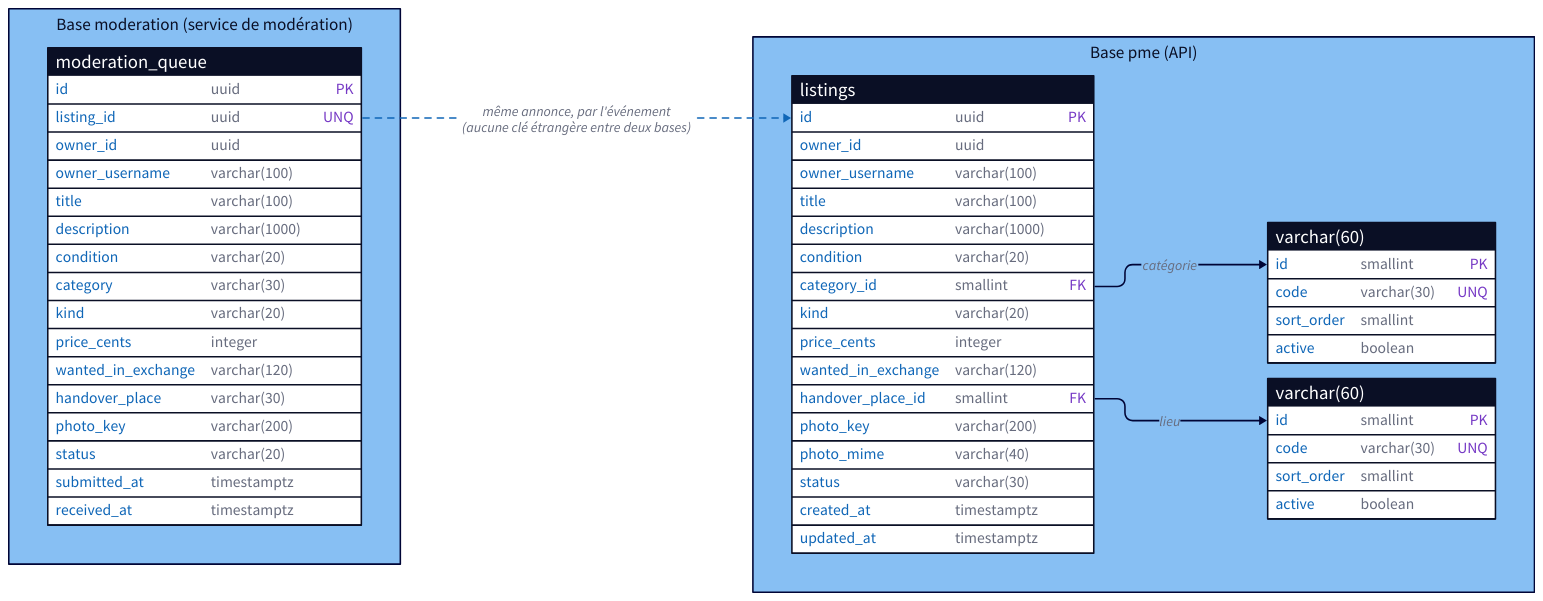
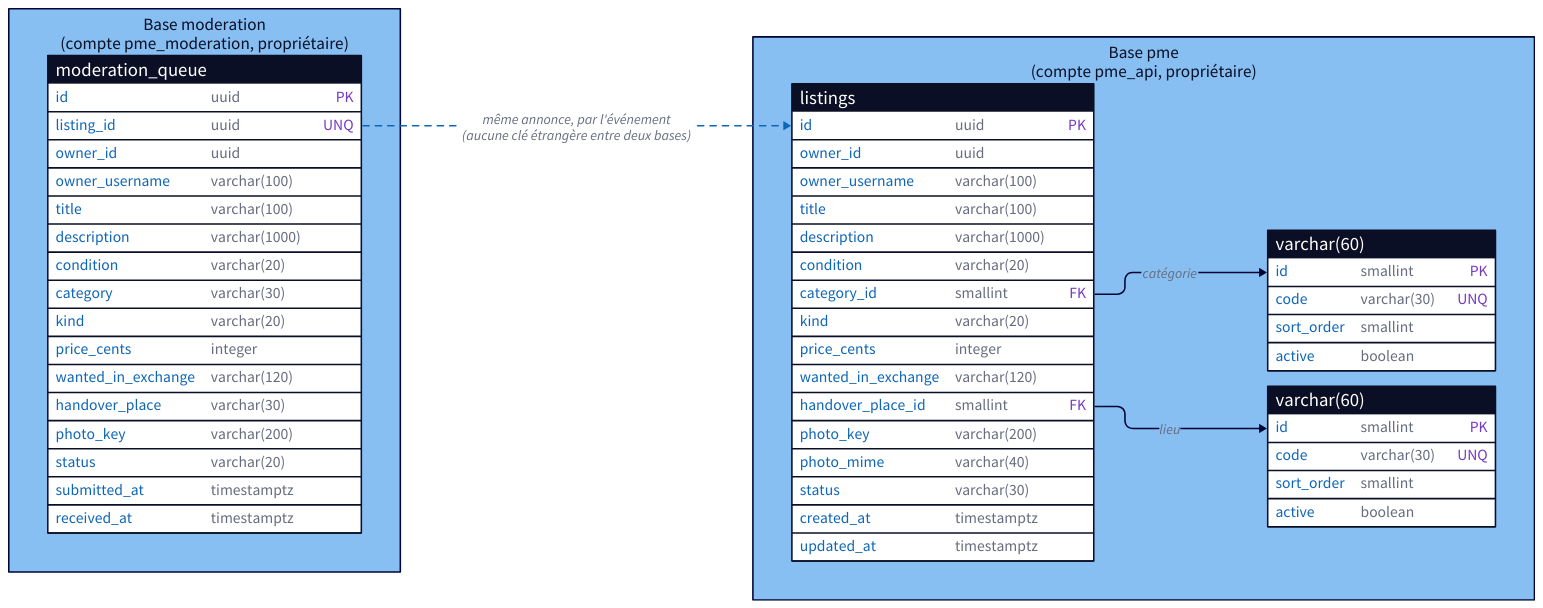
The diagram in docs/conception-depot-annonce.md (kitaah/pme), drawn with D2 before and after one commit. The commit also changed other lines of this file and 23 other files, not shown here.

```diff
--- a/docs/conception-depot-annonce.md
+++ b/docs/conception-depot-annonce.md
@@ -120,7 +136,7 @@
   }
 }
 
-pme: "Base pme (API)" {
+pme: "Base pme\n(compte pme_api, propriétaire)" {
   style.font-size: 22
 
   categories: "categories" {
@@ -168,7 +184,7 @@
   listings.handover_place_id -> handover_places.id: "lieu" {class: lien}
 }
 
-moderation: "Base moderation (service de modération)" {
+moderation: "Base moderation\n(compte pme_moderation, propriétaire)" {
   style.font-size: 22
 
   moderation_queue: "moderation_queue" {
```
